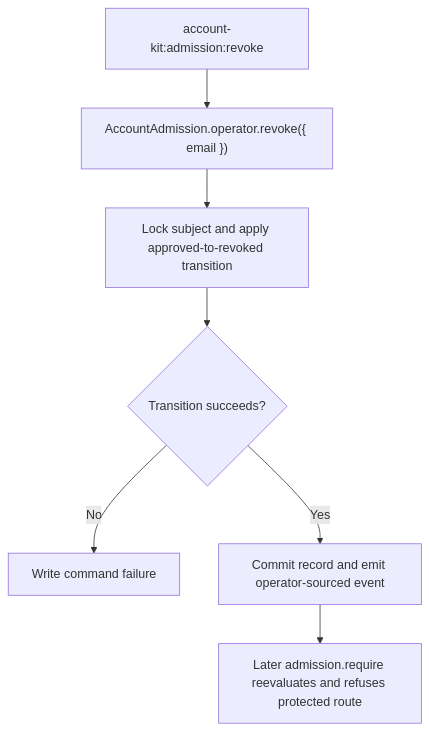
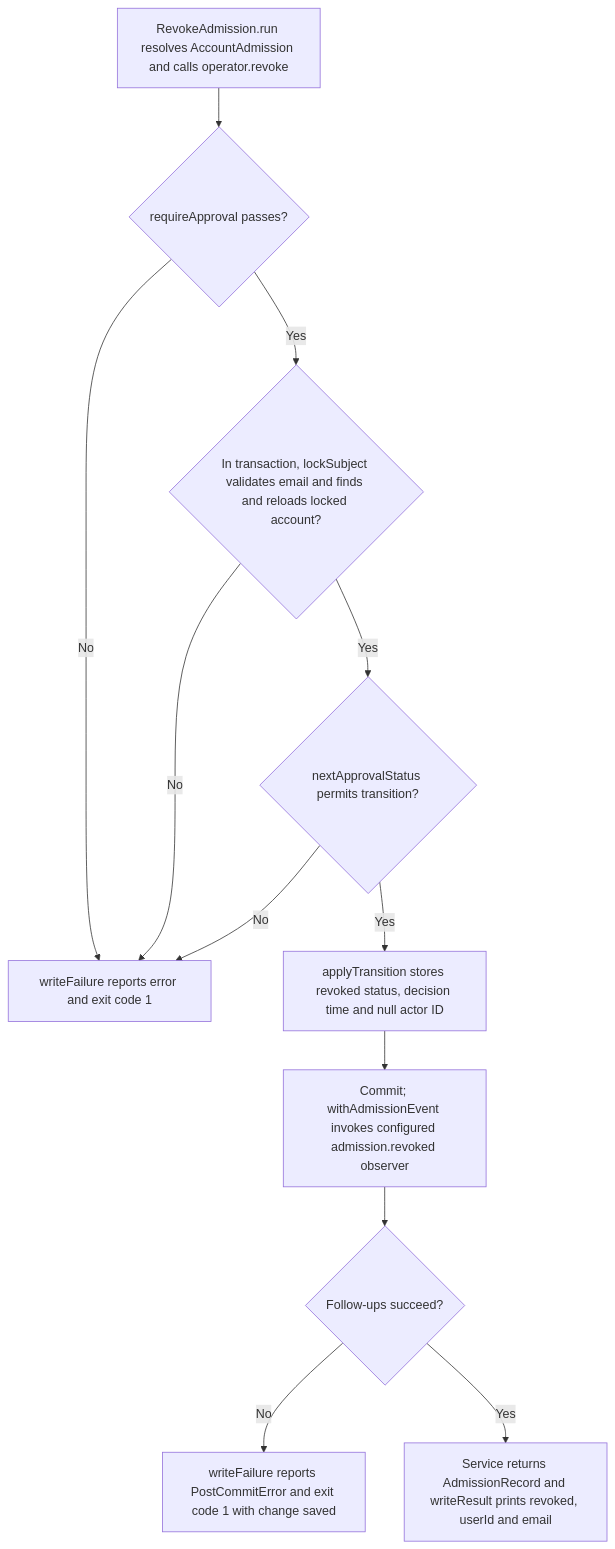
Before and after one commit to Kevinjohn/oss-adonisjs-account-kit: the second of 2 diagrams in user-stories/US-ACCOUNT-50-revoke-admission-as-operator.md, drawn with Mermaid. The commit also changed other lines of this file and 70 other files, not shown here.

Commit message:
Refresh the Account Kit user story catalogue for 0.6.0

````diff
--- a/user-stories/US-ACCOUNT-50-revoke-admission-as-operator.md
+++ b/user-stories/US-ACCOUNT-50-revoke-admission-as-operator.md
@@ -31,9 +34,14 @@
 ```mermaid
 flowchart TD
- A["account-kit:admission:revoke"] --> B["AccountAdmission.operator.revoke({ email })"]
- B --> C["Lock subject and apply approved-to-revoked transition"]
- C --> D{"Transition succeeds?"}
- D -->|No| E["Write command failure"]
- D -->|Yes| F["Commit record and emit operator-sourced event"]
- F --> G["Later admission.require reevaluates and refuses protected route"]
+ A["RevokeAdmission.run resolves AccountAdmission and calls operator.revoke"] --> B{"requireApproval passes?"}
+ B -->|No| X["writeFailure reports error and exit code 1"]
+ B -->|Yes| C{"In transaction, lockSubject validates email and finds and reloads locked account?"}
+ C -->|No| X
+ C -->|Yes| D{"nextApprovalStatus permits transition?"}
+ D -->|No| X
+ D -->|Yes| E["applyTransition stores revoked status, decision time and null actor ID"]
+ E --> F["Commit; withAdmissionEvent invokes configured admission.revoked observer"]
+ F --> G{"Follow-ups succeed?"}
+ G -->|No| H["writeFailure reports PostCommitError and exit code 1 with change saved"]
+ G -->|Yes| I["Service returns AdmissionRecord and writeResult prints revoked, userId and email"]
 ```
````
